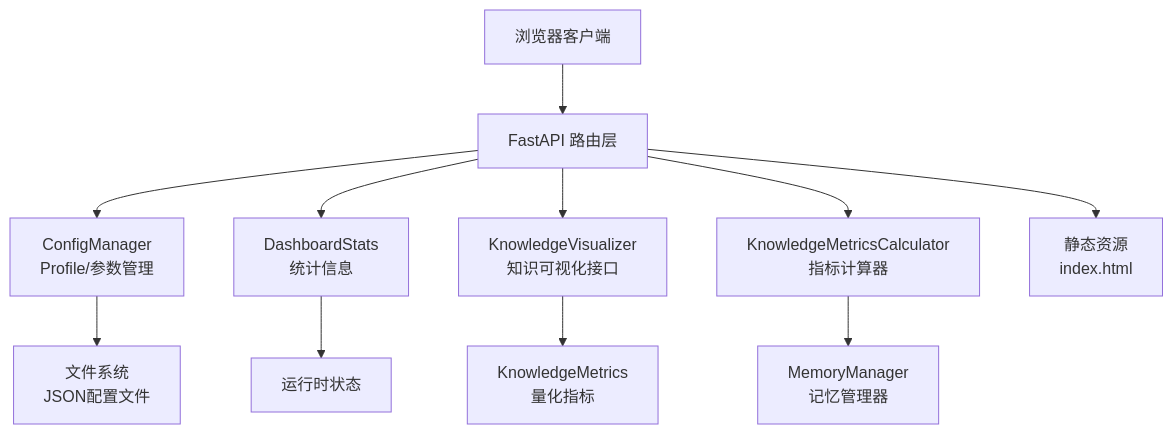
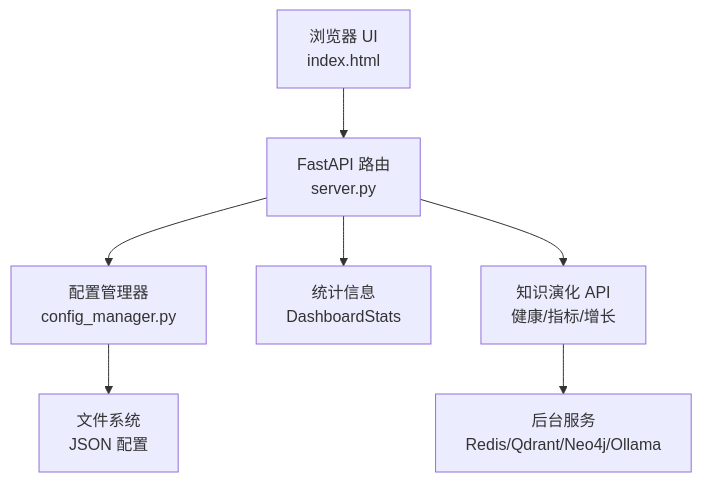
One commit to JieGaoPrinceton/NecoRAG changed the second of 7 diagrams in .qoder/repowiki/zh/content/仪表板系统/仪表板系统.md. Above: the diagram before and after it, drawn with Mermaid. The commit also changed other lines of this file and 222 other files, not shown here.

````diff
--- a/.qoder/repowiki/zh/content/仪表板系统/仪表板系统.md
+++ b/.qoder/repowiki/zh/content/仪表板系统/仪表板系统.md
@@ -142,13 +105,9 @@
 ```mermaid
 graph TB
-Client["浏览器客户端"] --> API["FastAPI 路由层"]
-API --> CM["ConfigManager<br/>Profile/参数管理"]
-API --> Stats["DashboardStats<br/>统计信息"]
-API --> KV["KnowledgeVisualizer<br/>知识可视化接口"]
-API --> KM["KnowledgeMetricsCalculator<br/>指标计算器"]
-API --> UI["静态资源<br/>index.html"]
-CM --> FS["文件系统<br/>JSON配置文件"]
-Stats --> Runtime["运行时状态"]
-KV --> Metrics["KnowledgeMetrics<br/>量化指标"]
-KM --> Memory["MemoryManager<br/>记忆管理器"]
+UI["浏览器 UI<br/>index.html"] --> API["FastAPI 路由<br/>server.py"]
+API --> CM["配置管理器<br/>config_manager.py"]
+CM --> FS["文件系统<br/>JSON 配置"]
+API --> Stats["统计信息<br/>DashboardStats"]
+API --> Ext["知识演化 API<br/>健康/指标/增长"]
+Ext --> Backend["后台服务<br/>Redis/Qdrant/Neo4j/Ollama"]
 ```
````
